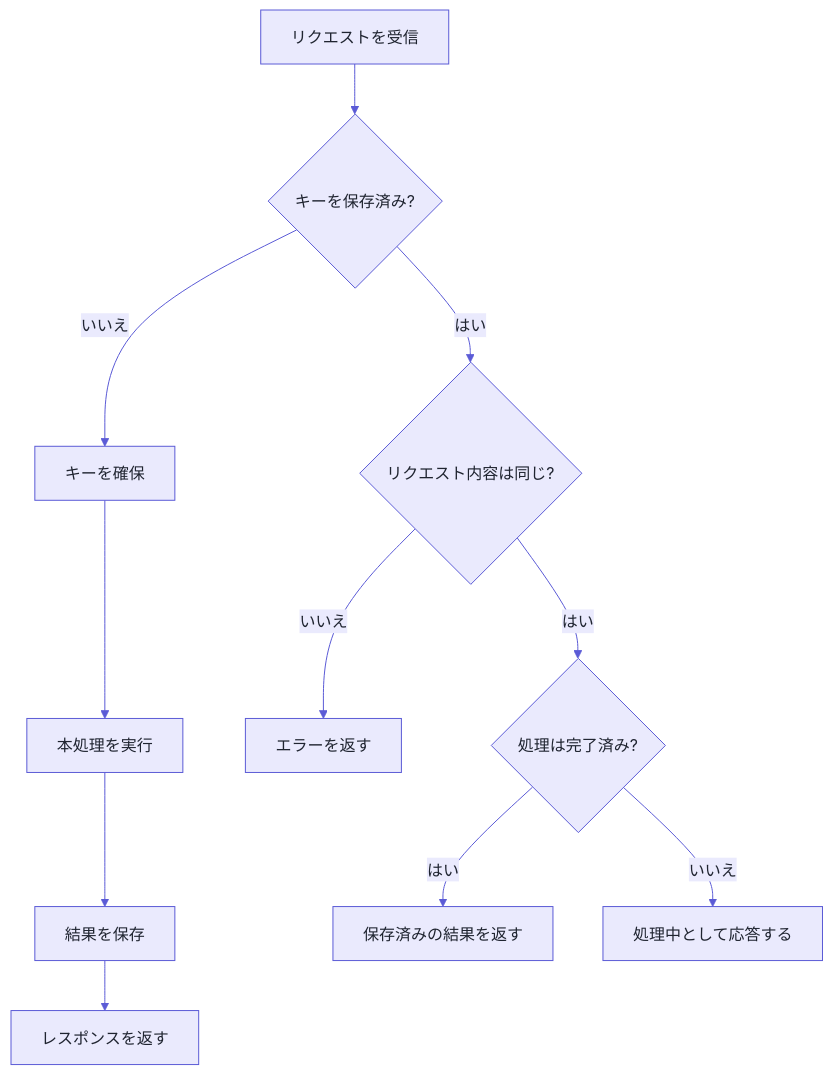
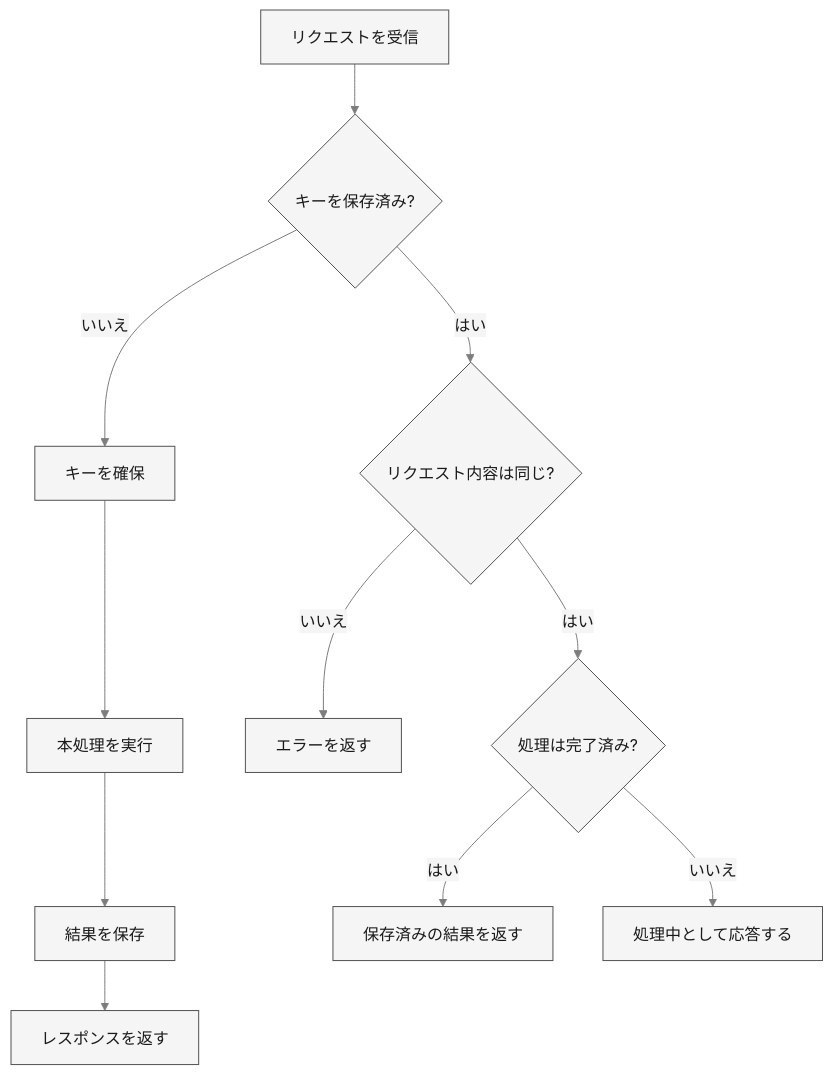
One commit to nagahara-naoki/zenn changed the second of 2 diagrams in articles/605a779340e0.md. Above: the diagram before and after it, drawn with Mermaid. The commit also changed other lines of this file, not shown here.

````diff
--- a/articles/605a779340e0.md
+++ b/articles/605a779340e0.md
@@ -150,14 +150,14 @@
 ```mermaid
-%%{init: {'theme':'base','themeVariables':{'primaryColor':'#eaeafd','primaryBorderColor':'#5b5bd6','primaryTextColor':'#1f2430','secondaryColor':'#dcdcfa','secondaryBorderColor':'#5b5bd6','secondaryTextColor':'#1f2430','tertiaryColor':'#f4f4fe','tertiaryBorderColor':'#5b5bd6','tertiaryTextColor':'#1f2430','mainBkg':'#eaeafd','nodeBorder':'#5b5bd6','nodeTextColor':'#1f2430','clusterBkg':'#f4f4fe','clusterBorder':'#5b5bd6','lineColor':'#5b5bd6','textColor':'#1f2430','edgeLabelBackground':'#eaeafd','actorBkg':'#eaeafd','actorBorder':'#5b5bd6','actorTextColor':'#1f2430','actorLineColor':'#5b5bd6','signalColor':'#5b5bd6','signalTextColor':'#6f7ab2','noteBkgColor':'#eaeafd','noteBorderColor':'#5b5bd6','noteTextColor':'#1f2430','activationBkgColor':'#dcdcfa','activationBorderColor':'#5b5bd6','labelBoxBkgColor':'#eaeafd','labelBoxBorderColor':'#5b5bd6','labelTextColor':'#1f2430','loopTextColor':'#1f2430'}}}%%
+%%{init: {'theme':'base','themeVariables':{'primaryColor':'#f5f5f5','primaryBorderColor':'#525252','primaryTextColor':'#1a1a1a','secondaryColor':'#e5e5e5','secondaryBorderColor':'#525252','secondaryTextColor':'#1a1a1a','tertiaryColor':'#fafafa','tertiaryBorderColor':'#525252','tertiaryTextColor':'#1a1a1a','mainBkg':'#f5f5f5','nodeBorder':'#525252','nodeTextColor':'#1a1a1a','clusterBkg':'#fafafa','clusterBorder':'#525252','lineColor':'#7d7d7d','textColor':'#1a1a1a','edgeLabelBackground':'#f5f5f5','actorBkg':'#f5f5f5','actorBorder':'#525252','actorTextColor':'#1a1a1a','actorLineColor':'#7d7d7d','signalColor':'#7d7d7d','signalTextColor':'#7d7d7d','noteBkgColor':'#e5e5e5','noteBorderColor':'#525252','noteTextColor':'#1a1a1a','activationBkgColor':'#e5e5e5','activationBorderColor':'#525252','labelBoxBkgColor':'#f5f5f5','labelBoxBorderColor':'#525252','labelTextColor':'#1a1a1a','loopTextColor':'#1a1a1a'}}}%%
 flowchart TD
   A[リクエストを受信] --> B{キーを保存済み?}
   B -- いいえ --> C[キーを確保]
   C --> D[本処理を実行]
   D --> E[結果を保存]
   E --> F[レスポンスを返す]
   B -- はい --> G{リクエスト内容は同じ?}
   G -- いいえ --> H[エラーを返す]
   G -- はい --> I{処理は完了済み?}
   I -- はい --> J[保存済みの結果を返す]
   I -- いいえ --> K[処理中として応答する]
 ```
````
